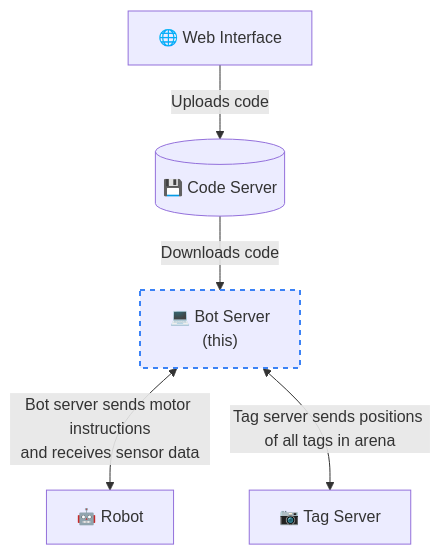
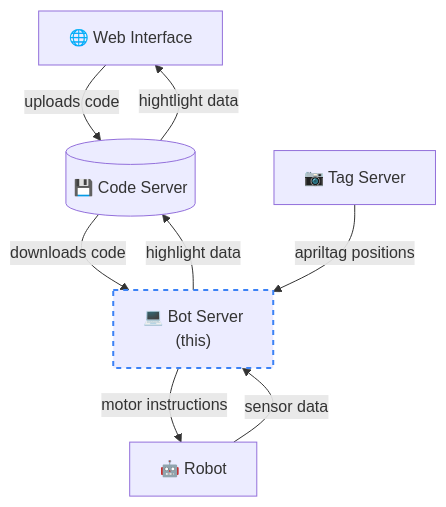
Before and after one commit to AutoSumo/server: the diagram in readme.md, drawn with Mermaid. The commit also changed other lines of this file, not shown here.

Commit message:
update readme to add highlight flow and demo vid

````diff
--- a/readme.md
+++ b/readme.md
@@ -5,14 +5,17 @@
 ```mermaid
 flowchart TD
-    web["🌐 Web Interface"] -->|Uploads code| code-server[("💾 Code Server")]
-    code-server -->|Downloads code| bot-server["💻 Bot Server\n(this)"]
-    bot-server <-->|Bot server sends motor instructions\nand receives sensor data| robot["🤖 Robot"]
-    bot-server <-->|Tag server sends positions of all tags in arena| tag-server["📷 Tag Server"]
+    web["🌐 Web Interface"] -->|uploads code| code-server[("💾 Code Server")]
+    code-server -->|hightlight data| web
+    code-server -->|downloads code| bot-server["💻 Bot Server\n(this)"]
+    bot-server -->|highlight data| code-server
+    bot-server -->|motor instructions| robot["🤖 Robot"]
+    robot -->|sensor data| bot-server
+    tag-server["📷 Tag Server"] -->|apriltag positions| bot-server
     
     style bot-server stroke-width:2px,stroke-dasharray: 5 5,stroke:#3b82f6
     
     click web "https://github.com/AutoSumo/web"
     click code-server "https://github.com/AutoSumo/code-server"
     click robot "https://github.com/AutoSumo/robot"
     click tag-server "https://github.com/AutoSumo/tag-server"
 ```
````
